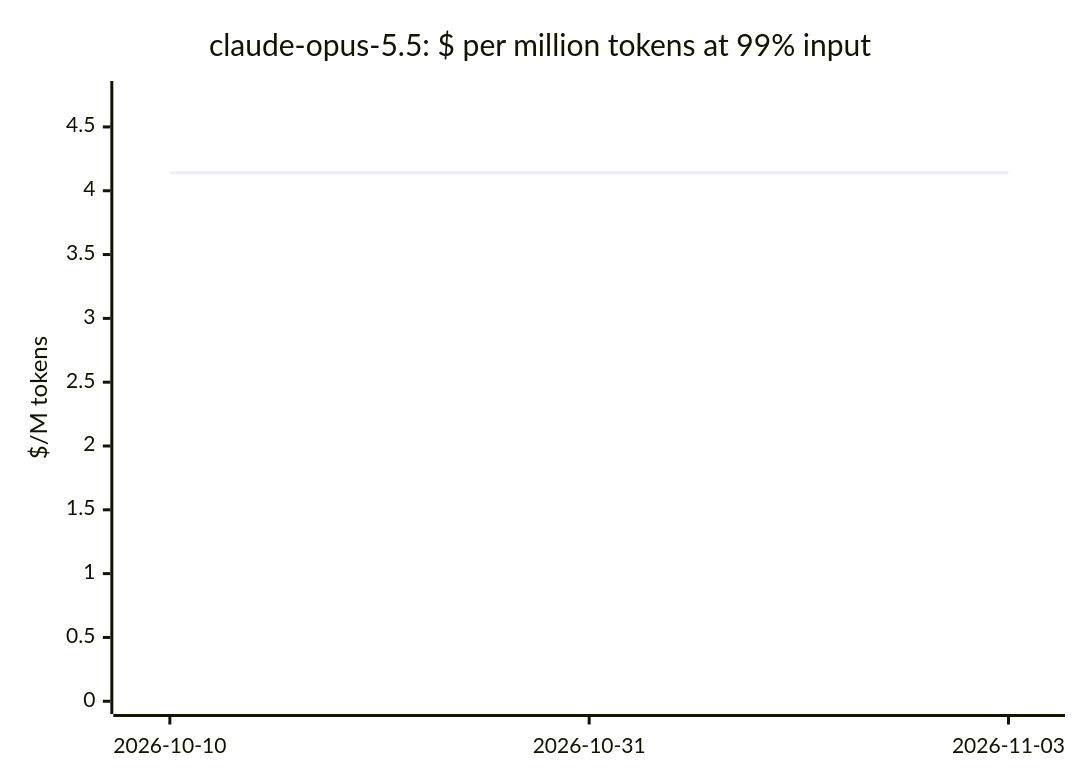
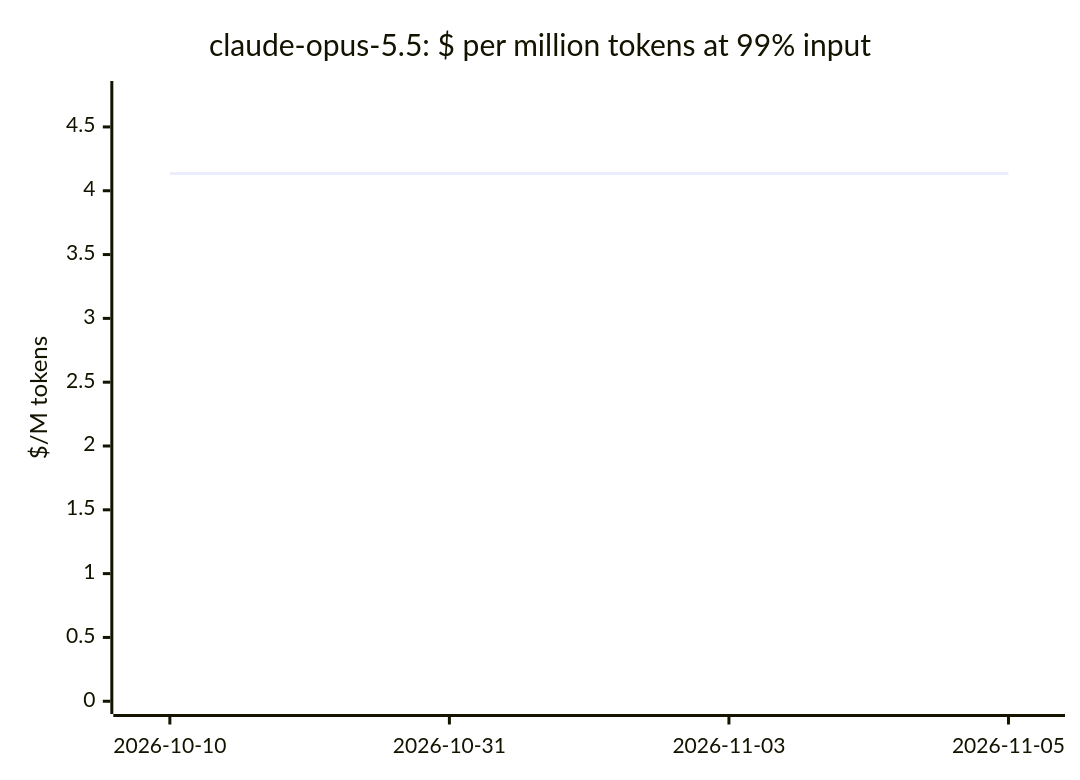
Before and after one commit to cklukas/OMEGA_TRANSFORM: the fourth of 20 diagrams in docs/openrouter-models.md, drawn with Mermaid. The commit also changed other lines of this file and 291 other files, not shown here.

````diff
--- a/docs/openrouter-models.md
+++ b/docs/openrouter-models.md
@@ -168,7 +169,7 @@
 ```mermaid
 xychart-beta
     title "claude-opus-5.5: $ per million tokens at 99% input"
-    x-axis ["2026-10-10", "2026-10-31", "2026-11-03"]
+    x-axis ["2026-10-10", "2026-10-31", "2026-11-03", "2026-11-05"]
     y-axis "$/M tokens" 0 --> 4.76
-    line [4.141, 4.141, 4.141]
+    line [4.135, 4.135, 4.135, 4.135]
 ```
````
